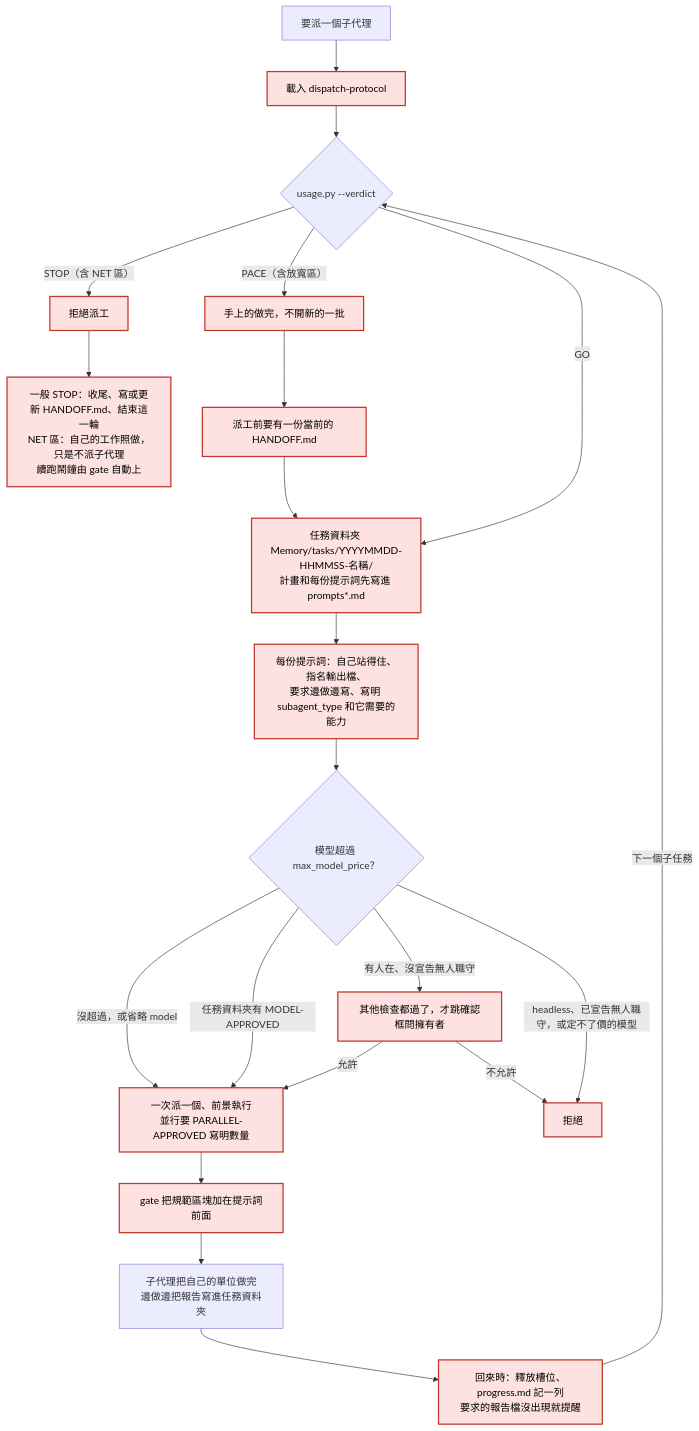
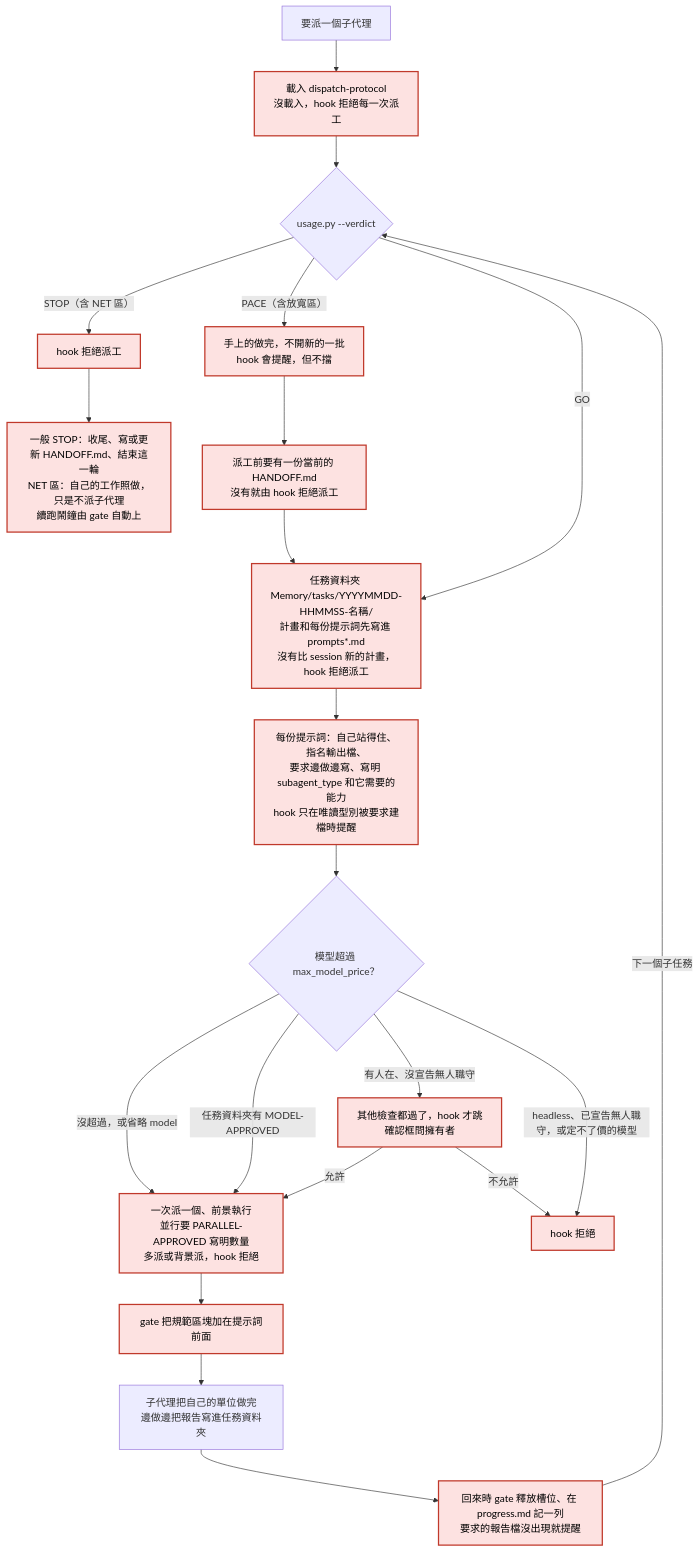
One commit to Dino9021/dispatch-guard changed the first of 6 diagrams in README.md. Above: the diagram before and after it, drawn with Mermaid. The commit also changed other lines of this file and 2 other files, not shown here.

First line of the commit message:
dispatch-guard 0.70.4

````diff
--- a/README.md
+++ b/README.md
@@ -99,25 +99,25 @@
 ```mermaid
 flowchart TD
-  needAgent["要派一個子代理"] --> loadProtocol["載入 dispatch-protocol"]
+  needAgent["要派一個子代理"] --> loadProtocol["載入 dispatch-protocol<br/>沒載入，hook 拒絕每一次派工"]
   loadProtocol --> verdict{"usage.py --verdict"}
-  verdict -->|"STOP（含 NET 區）"| stopRefused["拒絕派工"]
+  verdict -->|"STOP（含 NET 區）"| stopRefused["hook 拒絕派工"]
   stopRefused --> stopWrapUp["一般 STOP：收尾、寫或更新 HANDOFF.md、結束這一輪<br/>NET 區：自己的工作照做，只是不派子代理<br/>續跑鬧鐘由 gate 自動上"]
-  verdict -->|"PACE（含放寬區）"| paceInFlight["手上的做完，不開新的一批"]
-  paceInFlight --> paceHandoff["派工前要有一份當前的 HANDOFF.md"]
+  verdict -->|"PACE（含放寬區）"| paceInFlight["手上的做完，不開新的一批<br/>hook 會提醒，但不擋"]
+  paceInFlight --> paceHandoff["派工前要有一份當前的 HANDOFF.md<br/>沒有就由 hook 拒絕派工"]
   verdict -->|"GO"| planOnDisk
-  paceHandoff --> planOnDisk["任務資料夾 Memory/tasks/YYYYMMDD-HHMMSS-名稱/<br/>計畫和每份提示詞先寫進 prompts*.md"]
-  planOnDisk --> everyPrompt["每份提示詞：自己站得住、指名輸出檔、<br/>要求邊做邊寫、寫明 subagent_type 和它需要的能力"]
+  paceHandoff --> planOnDisk["任務資料夾 Memory/tasks/YYYYMMDD-HHMMSS-名稱/<br/>計畫和每份提示詞先寫進 prompts*.md<br/>沒有比 session 新的計畫，hook 拒絕派工"]
+  planOnDisk --> everyPrompt["每份提示詞：自己站得住、指名輸出檔、<br/>要求邊做邊寫、寫明 subagent_type 和它需要的能力<br/>hook 只在唯讀型別被要求建檔時提醒"]
   everyPrompt --> modelCheck{"模型超過 max_model_price？"}
   modelCheck -->|"沒超過，或省略 model"| singleDispatch
   modelCheck -->|"任務資料夾有 MODEL-APPROVED"| singleDispatch
-  modelCheck -->|"有人在、沒宣告無人職守"| dialogToOwner["其他檢查都過了，才跳確認框問擁有者"]
-  modelCheck -->|"headless、已宣告無人職守，或定不了價的模型"| modelRefused["拒絕"]
-  dialogToOwner -->|"允許"| singleDispatch["一次派一個、前景執行<br/>並行要 PARALLEL-APPROVED 寫明數量"]
+  modelCheck -->|"有人在、沒宣告無人職守"| dialogToOwner["其他檢查都過了，hook 才跳確認框問擁有者"]
+  modelCheck -->|"headless、已宣告無人職守，或定不了價的模型"| modelRefused["hook 拒絕"]
+  dialogToOwner -->|"允許"| singleDispatch["一次派一個、前景執行<br/>並行要 PARALLEL-APPROVED 寫明數量<br/>多派或背景派，hook 拒絕"]
   dialogToOwner -->|"不允許"| modelRefused
   singleDispatch --> prependBlock["gate 把規範區塊加在提示詞前面"]
   prependBlock --> subAgentWork["子代理把自己的單位做完<br/>邊做邊把報告寫進任務資料夾"]
-  subAgentWork --> afterReturn["回來時：釋放槽位、progress.md 記一列<br/>要求的報告檔沒出現就提醒"]
+  subAgentWork --> afterReturn["回來時 gate 釋放槽位、在 progress.md 記一列<br/>要求的報告檔沒出現就提醒"]
   afterReturn -->|"下一個子任務"| verdict
   class loadProtocol,stopRefused,stopWrapUp,paceInFlight,paceHandoff,planOnDisk,everyPrompt,dialogToOwner,modelRefused,singleDispatch,prependBlock,afterReturn gate
   classDef gate fill:#fde2e1,stroke:#c0392b,stroke-width:2px,color:#000
 ```
````
